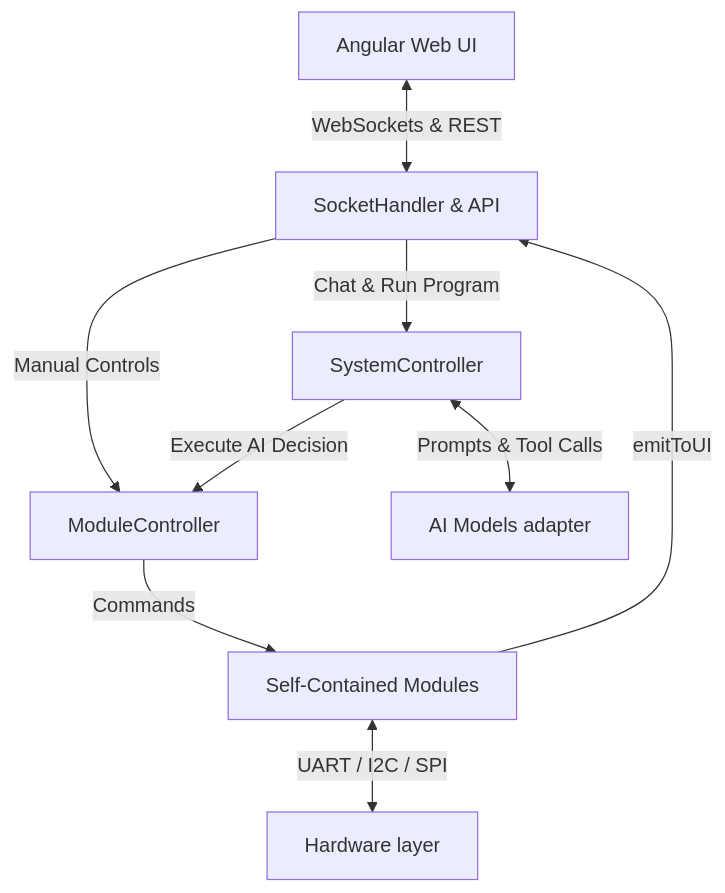
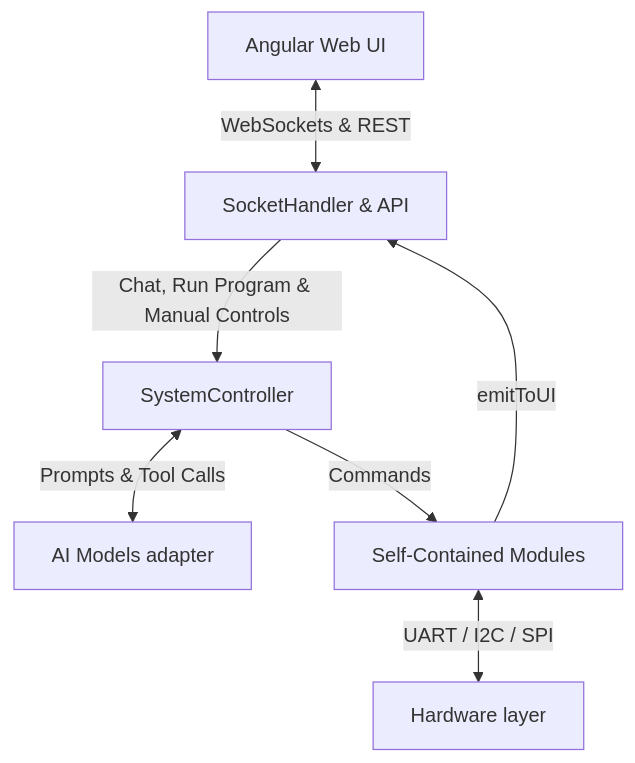
The diagram in README.md (vahagnmikayelyan/open-v-robotics-system), drawn with Mermaid before and after one commit. The commit also changed other lines of this file, not shown here.

Commit message:
docs: update README to reflect ModuleController removal and emitToAI renaming

````diff
--- a/README.md
+++ b/README.md
@@ -157,13 +157,11 @@
 ```mermaid
 graph TD
     UI[Angular Web UI] <-->|WebSockets & REST| SH[SocketHandler & API]
-    SH -->|Chat & Run Program| SC[SystemController]
-    SH -->|Manual Controls| MC[ModuleController]
+    SH -->|Chat, Run Program & Manual Controls| SC[SystemController]
     
     SC <-->|Prompts & Tool Calls| AI[AI Models adapter]
-    SC -->|Execute AI Decision| MC
     
-    MC -->|Commands| MOD[Self-Contained Modules]
+    SC -->|Commands| MOD[Self-Contained Modules]
     MOD -->|emitToUI| SH
     MOD <-->|UART / I2C / SPI| HW[Hardware layer]
 ```
````
